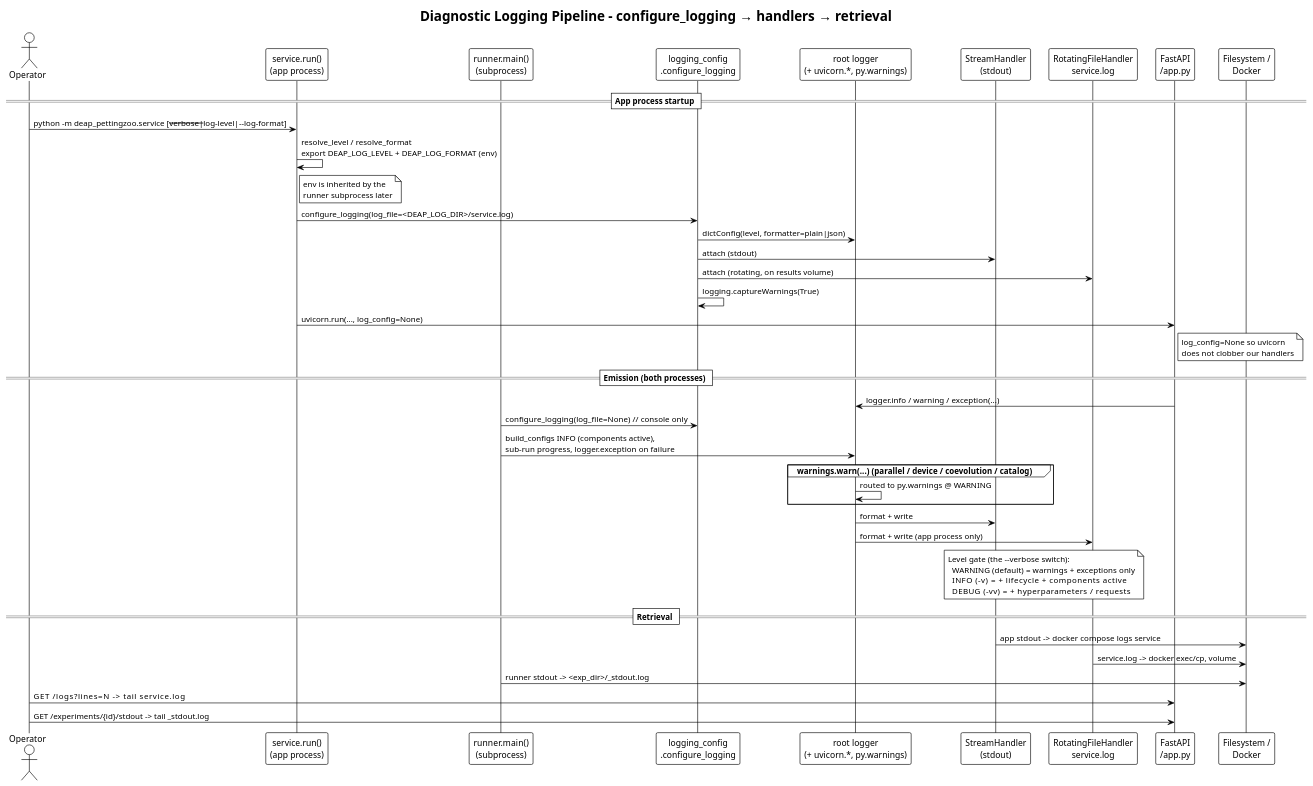
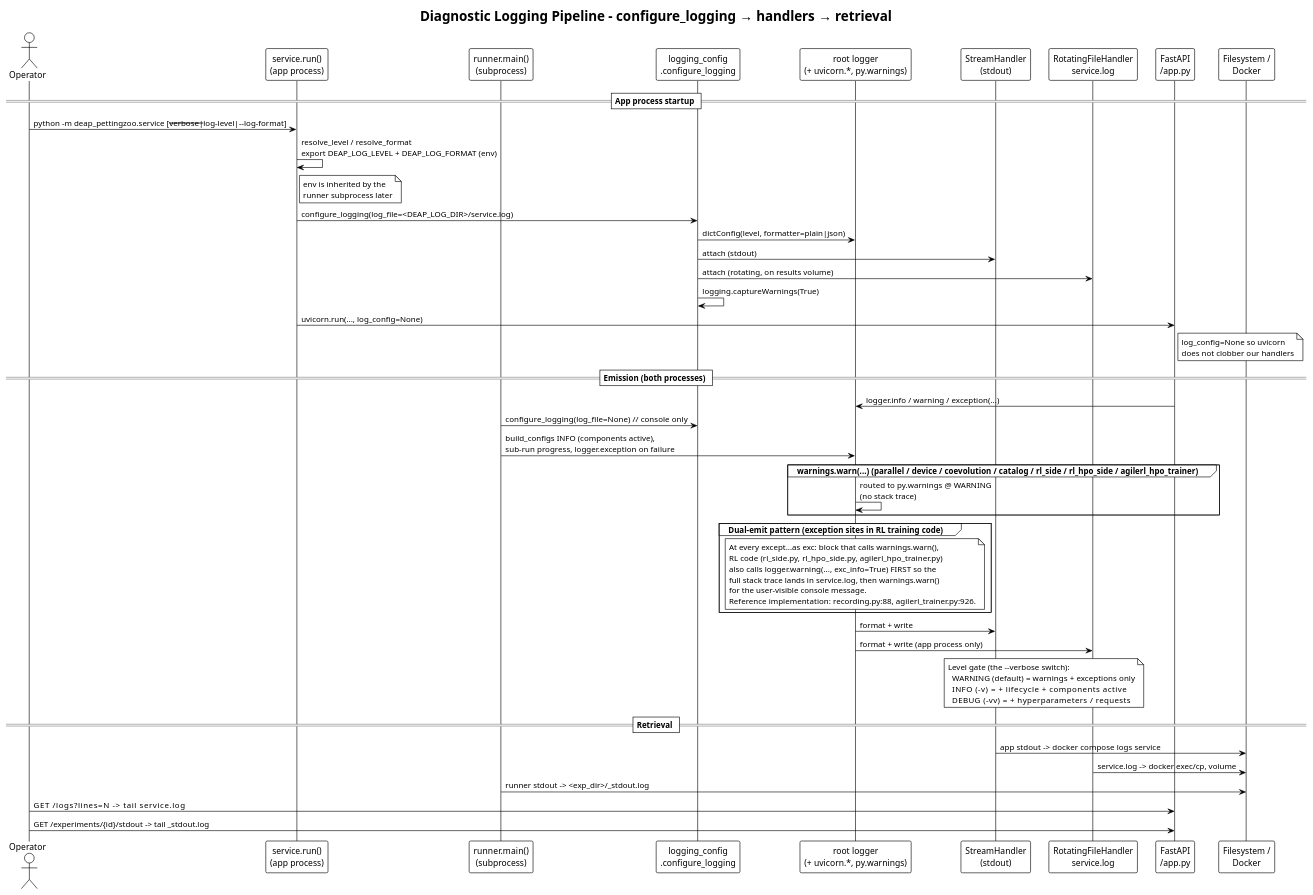
Before and after one commit to Alex180504/DEAP-Zoo-bridge: the diagram in docs/UML/sequence_logging_pipeline.puml, drawn with PlantUML. The commit also changed 19 other files, not shown here.

```diff
--- a/docs/UML/sequence_logging_pipeline.puml
+++ b/docs/UML/sequence_logging_pipeline.puml
@@ -1,55 +1,65 @@
 @startuml sequence_logging_pipeline
 !theme plain
 title Diagnostic Logging Pipeline – configure_logging → handlers → retrieval
 
 ' NOTE: This is backend *diagnostic* logging (exceptions, warnings, lifecycle,
 ' component activation).  For the *experiment-results* pipeline (metrics /
 ' checkpoints / manifests) see sequence_experiment_logging.puml.
 
 actor Operator as Op
 participant "service.run()\n(app process)" as Run
 participant "runner.main()\n(subprocess)" as Runner
 participant "logging_config\n.configure_logging" as Cfg
 participant "root logger\n(+ uvicorn.*, py.warnings)" as Root
 participant "StreamHandler\n(stdout)" as Console
 participant "RotatingFileHandler\nservice.log" as FileH
 participant "FastAPI\n/app.py" as API
 participant "Filesystem /\nDocker" as FS
 
 == App process startup ==
 Op -> Run: python -m deap_pettingzoo.service [--verbose|--log-level|--log-format]
 Run -> Run: resolve_level / resolve_format\nexport DEAP_LOG_LEVEL + DEAP_LOG_FORMAT (env)
 note right of Run: env is inherited by the\nrunner subprocess later
 Run -> Cfg: configure_logging(log_file=<DEAP_LOG_DIR>/service.log)
 Cfg -> Root: dictConfig(level, formatter=plain|json)
 Cfg -> Console: attach (stdout)
 Cfg -> FileH: attach (rotating, on results volume)
 Cfg -> Cfg: logging.captureWarnings(True)
 Run -> API: uvicorn.run(..., log_config=None)
 note right of API: log_config=None so uvicorn\ndoes not clobber our handlers
 
 == Emission (both processes) ==
 API -> Root: logger.info / warning / exception(...)
 Runner -> Cfg: configure_logging(log_file=None)  // console only
 Runner -> Root: build_configs INFO (components active),\nsub-run progress, logger.exception on failure
-group warnings.warn(...)  (parallel / device / coevolution / catalog)
-    Root -> Root: routed to py.warnings @ WARNING
+group warnings.warn(...)  (parallel / device / coevolution / catalog / rl_side / rl_hpo_side / agilerl_hpo_trainer)
+    Root -> Root: routed to py.warnings @ WARNING\n(no stack trace)
+end
+group Dual-emit pattern (exception sites in RL training code)
+    note over Root
+      At every except...as exc: block that calls warnings.warn(),
+      RL code (rl_side.py, rl_hpo_side.py, agilerl_hpo_trainer.py)
+      also calls logger.warning(..., exc_info=True) FIRST so the
+      full stack trace lands in service.log, then warnings.warn()
+      for the user-visible console message.
+      Reference implementation: recording.py:88, agilerl_trainer.py:926.
+    end note
 end
 Root -> Console: format + write
 Root -> FileH: format + write (app process only)
 
 note over Console,FileH
   Level gate (the --verbose switch):
     WARNING  (default) = warnings + exceptions only
     INFO     (-v)      = + lifecycle + components active
     DEBUG    (-vv)     = + hyperparameters / requests
 end note
 
 == Retrieval ==
 Console -> FS: app stdout  -> docker compose logs service
 FileH   -> FS: service.log -> docker exec/cp, volume
 Runner  -> FS: runner stdout -> <exp_dir>/_stdout.log
 Op -> API: GET /logs?lines=N           -> tail service.log
 Op -> API: GET /experiments/{id}/stdout -> tail _stdout.log
 
 @enduml
```
